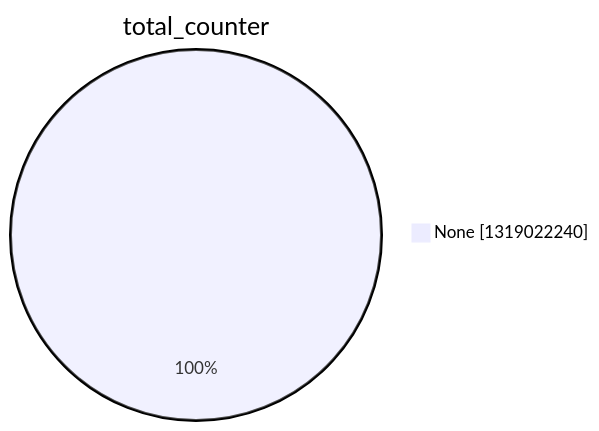
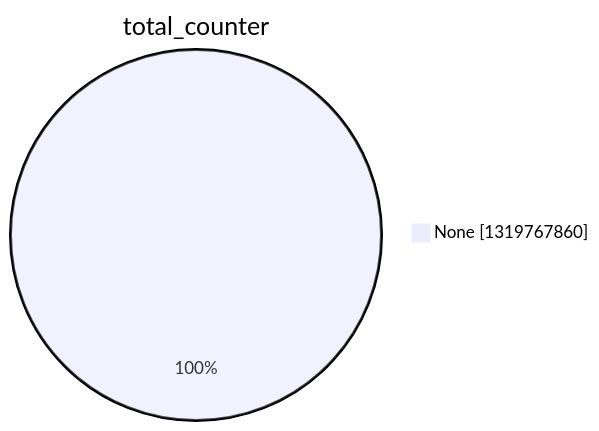
One commit to christiankrug/ctmonitor_visualization changed the second of 15 diagrams in argon2022/README.md. Above: the diagram before and after it, drawn with Mermaid. The commit also changed other lines of this file, not shown here.

````diff
--- a/argon2022/README.md
+++ b/argon2022/README.md
@@ -9,5 +9,5 @@
 ```mermaid
 pie showData
 title total_counter
-"None" :1319022240
+"None" :1319767860
 ```
````
